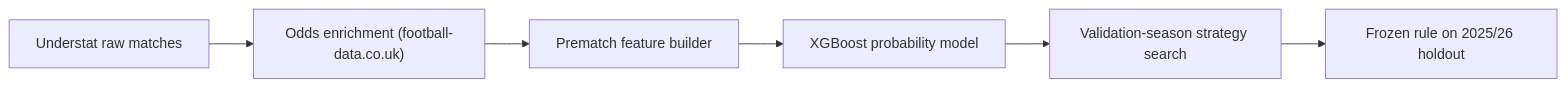
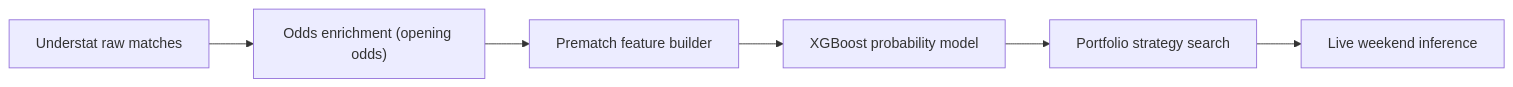
Before and after one commit to Mohamed-Ali-SOBHI/ML-Football-matches-predictor: the diagram in README.md, drawn with Mermaid. The commit also changed other lines of this file and 12 other files, not shown here.

````diff
--- a/README.md
+++ b/README.md
@@ -29,8 +27,8 @@
 ```mermaid
 flowchart LR
-    A["Understat raw matches"] --> B["Odds enrichment (football-data.co.uk)"]
+    A["Understat raw matches"] --> B["Odds enrichment (opening odds)"]
     B --> C["Prematch feature builder"]
     C --> D["XGBoost probability model"]
-    D --> E["Validation-season strategy search"]
-    E --> F["Frozen rule on 2025/26 holdout"]
+    D --> E["Portfolio strategy search"]
+    E --> F["Live weekend inference"]
 ```
````
